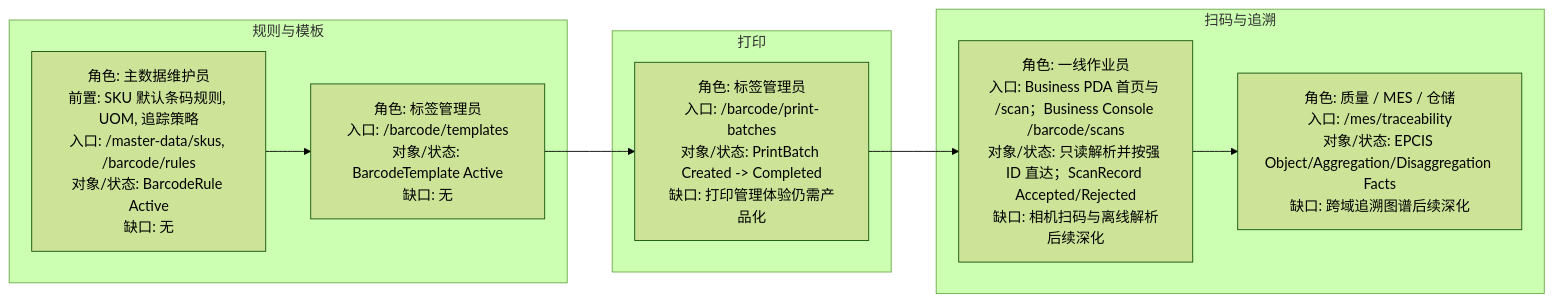
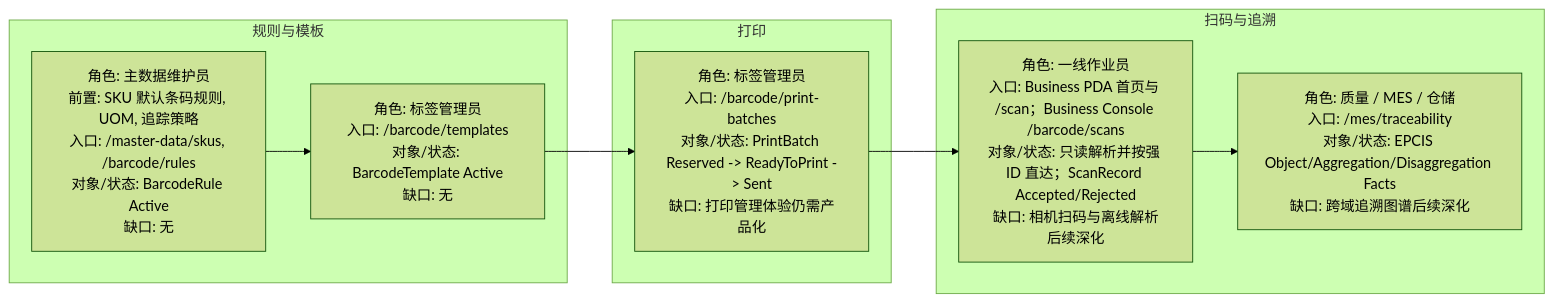
One commit to Mang-X/Nerv-IIP changed the sixth of 6 diagrams in frontend/apps/docs/docs/processes/index.md. Above: the diagram before and after it, drawn with Mermaid (forest theme). The commit also changed other lines of this file and 29 other files, not shown here.

````diff
--- a/frontend/apps/docs/docs/processes/index.md
+++ b/frontend/apps/docs/docs/processes/index.md
@@ -184,16 +184,16 @@
 ```mermaid
 flowchart LR
   subgraph Rules["规则与模板"]
     B0["角色: 主数据维护员<br/>前置: SKU 默认条码规则, UOM, 追踪策略<br/>入口: /master-data/skus, /barcode/rules<br/>对象/状态: BarcodeRule Active<br/>缺口: 无"]
     B1["角色: 标签管理员<br/>入口: /barcode/templates<br/>对象/状态: BarcodeTemplate Active<br/>缺口: 无"]
   end
   subgraph Print["打印"]
-    B2["角色: 标签管理员<br/>入口: /barcode/print-batches<br/>对象/状态: PrintBatch Created -> Completed<br/>缺口: 打印管理体验仍需产品化"]
+    B2["角色: 标签管理员<br/>入口: /barcode/print-batches<br/>对象/状态: PrintBatch Reserved -> ReadyToPrint -> Sent<br/>缺口: 打印管理体验仍需产品化"]
   end
   subgraph Scan["扫码与追溯"]
     B3["角色: 一线作业员<br/>入口: Business PDA 首页与 /scan；Business Console /barcode/scans<br/>对象/状态: 只读解析并按强 ID 直达；ScanRecord Accepted/Rejected<br/>缺口: 相机扫码与离线解析后续深化"]
     B4["角色: 质量 / MES / 仓储<br/>入口: /mes/traceability<br/>对象/状态: EPCIS Object/Aggregation/Disaggregation Facts<br/>缺口: 跨域追溯图谱后续深化"]
   end
 
   B0 --> B1 --> B2 --> B3 --> B4
 ```
````
